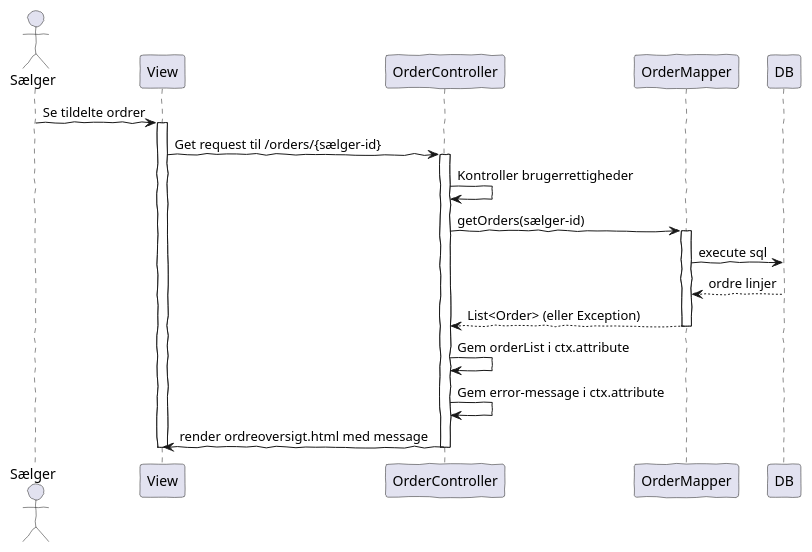
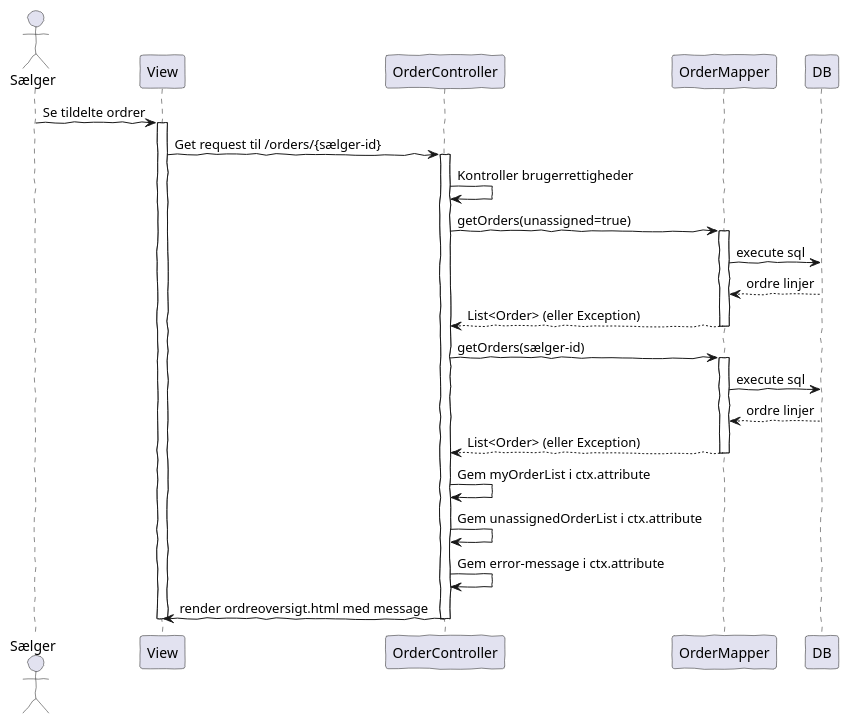
The diagram in docs/us4-sequence.puml (AndyTheDragon/Fog-projektet), drawn with PlantUML before and after one commit. The commit also changed 1 other file, not shown here.

Commit message:
Tilføjet assigned/unassigned orders til us-4 og us-6

```diff
--- a/docs/us4-sequence.puml
+++ b/docs/us4-sequence.puml
@@ -1,32 +1,40 @@
 @startuml
 'https://plantuml.com/sequence-diagram
 !pragma layout smetana
 skinparam handwritten true
 
 actor Sælger
 participant View as V
 participant "OrderController" as C
 participant "OrderMapper" as M
 participant DB
 
 
 Sælger -> V: Se tildelte ordrer
 activate V
 
 V -> C: Get request til /orders/{sælger-id}
 activate C
 C -> C: Kontroller brugerrettigheder
+C -> M: getOrders(unassigned=true)
+activate M
+M -> DB: execute sql
+DB --> M: ordre linjer
+M --> C: List<Order> (eller Exception)
+deactivate M
+
 C -> M: getOrders(sælger-id)
 activate M
 M -> DB: execute sql
 DB --> M: ordre linjer
 M --> C: List<Order> (eller Exception)
 deactivate M
-C -> C: Gem orderList i ctx.attribute
+C -> C: Gem myOrderList i ctx.attribute
+C -> C: Gem unassignedOrderList i ctx.attribute
 C -> C: Gem error-message i ctx.attribute
 C -> V: render ordreoversigt.html med message
 deactivate C
 
 deactivate V
 
 @enduml
```
